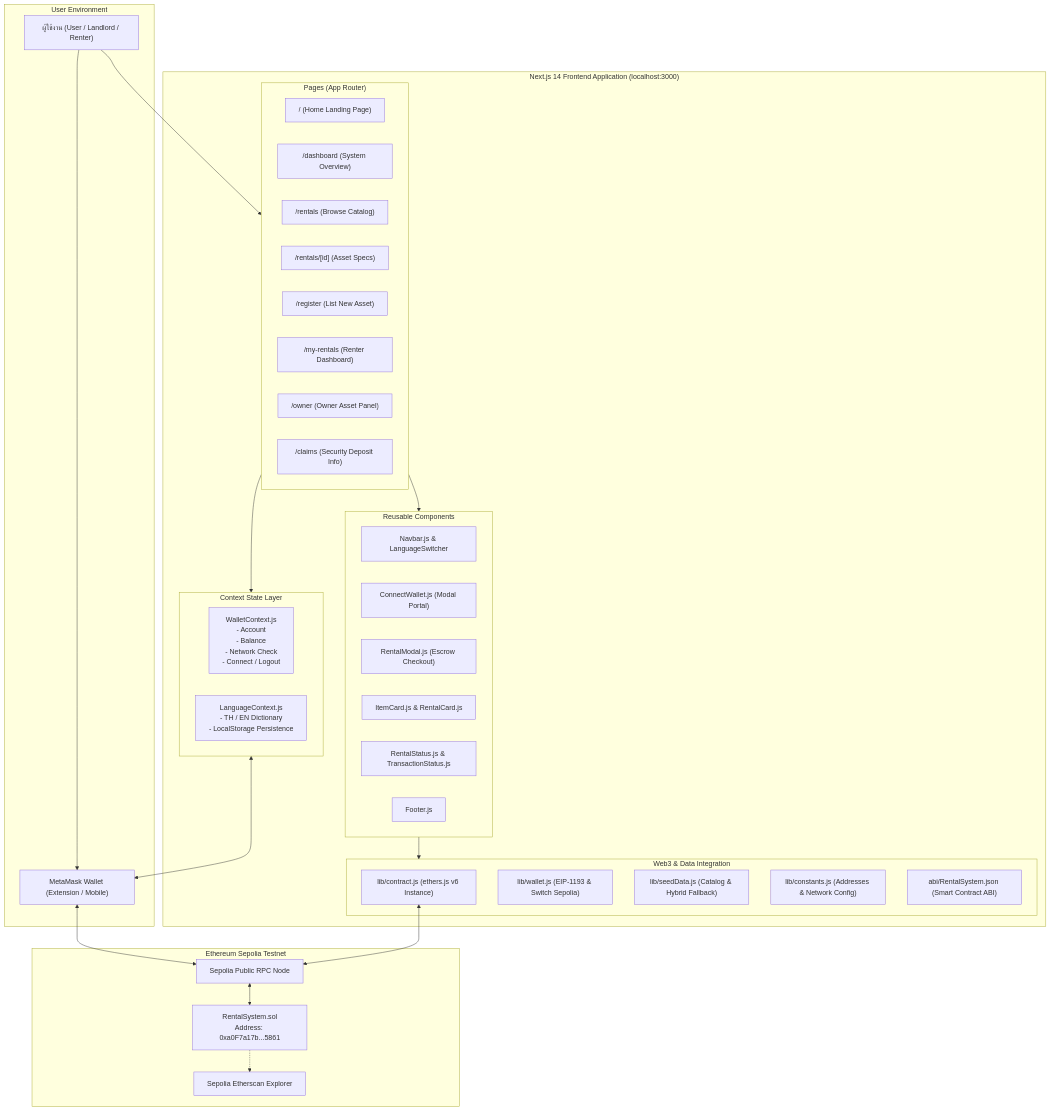
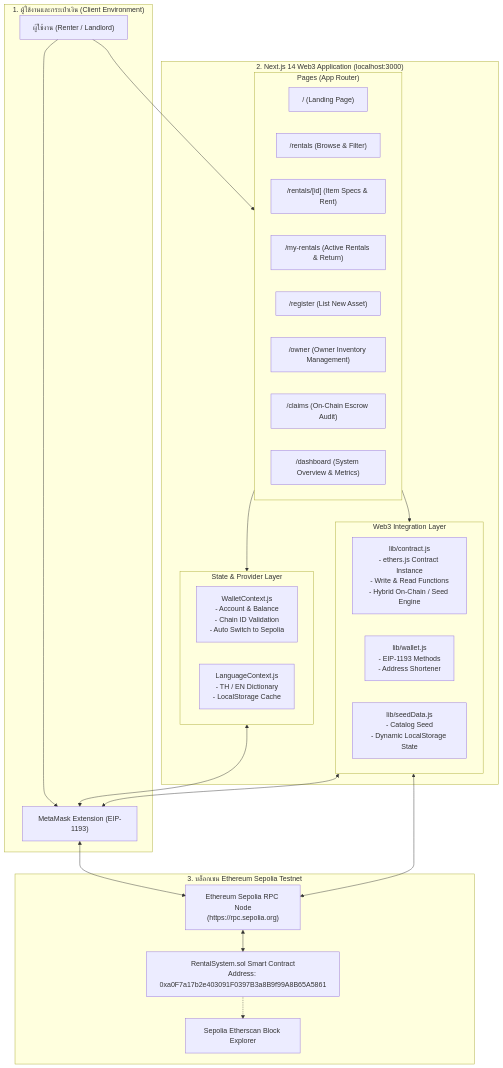
Before and after one commit to Kitikon15/Blockchain-Rental-System-DApp: the first of 2 diagrams in digital-rental/README.md, drawn with Mermaid. The commit also changed other lines of this file and 1 other file, not shown here.

Commit message:
docs: add comprehensive README with full tech stack, architecture diagrams, smart contract source code, and step-by-step setup guide

````diff
--- a/digital-rental/README.md
+++ b/digital-rental/README.md
@@ -69,59 +71,48 @@
 ```mermaid
 flowchart TD
-    subgraph UserSpace ["User Environment"]
-        User["ผู้ใช้งาน (User / Landlord / Renter)"]
-        MM["MetaMask Wallet (Extension / Mobile)"]
+    subgraph ClientLayer ["1. ผู้ใช้งานและกระเป๋าเงิน (Client Environment)"]
+        User["ผู้ใช้งาน (Renter / Landlord)"]
+        MetaMask["MetaMask Extension (EIP-1193)"]
     end
 
-    subgraph FrontendApp ["Next.js 14 Frontend Application (localhost:3000)"]
-        subgraph ContextLayer ["Context State Layer"]
-            WalletContext["WalletContext.js\n- Account\n- Balance\n- Network Check\n- Connect / Logout"]
-            LangContext["LanguageContext.js\n- TH / EN Dictionary\n- LocalStorage Persistence"]
+    subgraph FrontendApp ["2. Next.js 14 Web3 Application (localhost:3000)"]
+        subgraph Contexts ["State & Provider Layer"]
+            WalletCtx["WalletContext.js\n- Account & Balance\n- Chain ID Validation\n- Auto Switch to Sepolia"]
+            LangCtx["LanguageContext.js\n- TH / EN Dictionary\n- LocalStorage Cache"]
         end
 
-        subgraph PagesLayer ["Pages (App Router)"]
-            P_Home["/ (Home Landing Page)"]
-            P_Dash["/dashboard (System Overview)"]
-            P_Rentals["/rentals (Browse Catalog)"]
-            P_Details["/rentals/[id] (Asset Specs)"]
-            P_Reg["/register (List New Asset)"]
-            P_My["/my-rentals (Renter Dashboard)"]
-            P_Owner["/owner (Owner Asset Panel)"]
-            P_Claims["/claims (Security Deposit Info)"]
+        subgraph Routes ["Pages (App Router)"]
+            P_Home["/ (Landing Page)"]
+            P_Rentals["/rentals (Browse & Filter)"]
+            P_Details["/rentals/[id] (Item Specs & Rent)"]
+            P_MyRentals["/my-rentals (Active Rentals & Return)"]
+            P_Register["/register (List New Asset)"]
+            P_Owner["/owner (Owner Inventory Management)"]
+            P_Claims["/claims (On-Chain Escrow Audit)"]
+            P_Dash["/dashboard (System Overview & Metrics)"]
         end
 
-        subgraph ComponentLayer ["Reusable Components"]
-            C_Nav["Navbar.js & LanguageSwitcher"]
-            C_Wallet["ConnectWallet.js (Modal Portal)"]
-            C_Modal["RentalModal.js (Escrow Checkout)"]
-            C_Card["ItemCard.js & RentalCard.js"]
-            C_Status["RentalStatus.js & TransactionStatus.js"]
-            C_Footer["Footer.js"]
-        end
-
-        subgraph LibLayer ["Web3 & Data Integration"]
-            L_Contract["lib/contract.js (ethers.js v6 Instance)"]
-            L_Wallet["lib/wallet.js (EIP-1193 & Switch Sepolia)"]
-            L_Seed["lib/seedData.js (Catalog & Hybrid Fallback)"]
-            L_Const["lib/constants.js (Addresses & Network Config)"]
-            L_ABI["abi/RentalSystem.json (Smart Contract ABI)"]
+        subgraph Services ["Web3 Integration Layer"]
+            LibContract["lib/contract.js\n- ethers.js Contract Instance\n- Write & Read Functions\n- Hybrid On-Chain / Seed Engine"]
+            LibWallet["lib/wallet.js\n- EIP-1193 Methods\n- Address Shortener"]
+            LibSeed["lib/seedData.js\n- Catalog Seed\n- Dynamic LocalStorage State"]
         end
     end
 
-    subgraph BlockchainNetwork ["Ethereum Sepolia Testnet"]
-        RPC_Node["Sepolia Public RPC Node"]
-        Contract["RentalSystem.sol\nAddress: 0xa0F7a17b...5861"]
-        Etherscan["Sepolia Etherscan Explorer"]
+    subgraph BlockchainNetwork ["3. บล็อกเชน Ethereum Sepolia Testnet"]
+        SepoliaRPC["Ethereum Sepolia RPC Node\n(https://rpc.sepolia.org)"]
+        SmartContract["RentalSystem.sol Smart Contract\nAddress: 0xa0F7a17b2e403091F0397B3a8B9f99A8B65A5861"]
+        Etherscan["Sepolia Etherscan Block Explorer"]
     end
 
-    User --> MM
-    User --> PagesLayer
-    PagesLayer --> ContextLayer
-    PagesLayer --> ComponentLayer
-    ComponentLayer --> LibLayer
-    ContextLayer <--> MM
-    MM <--> RPC_Node
-    L_Contract <--> RPC_Node
-    RPC_Node <--> Contract
-    Contract -.-> Etherscan
+    User --> MetaMask
+    User --> Routes
+    Routes --> Contexts
+    Routes --> Services
+    Contexts <--> MetaMask
+    Services <--> MetaMask
+    MetaMask <--> SepoliaRPC
+    Services <--> SepoliaRPC
+    SepoliaRPC <--> SmartContract
+    SmartContract -.-> Etherscan
 ```
````
